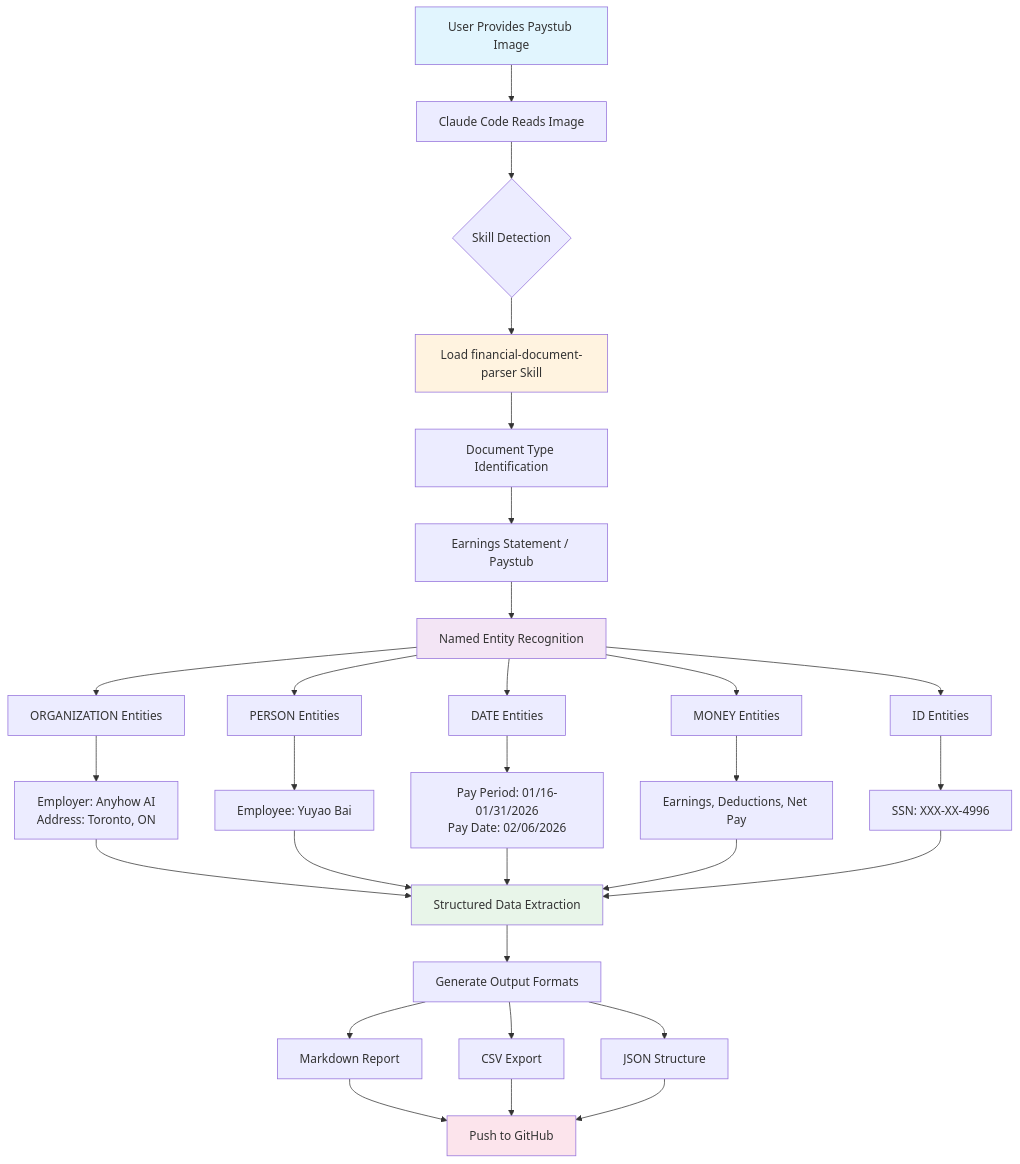
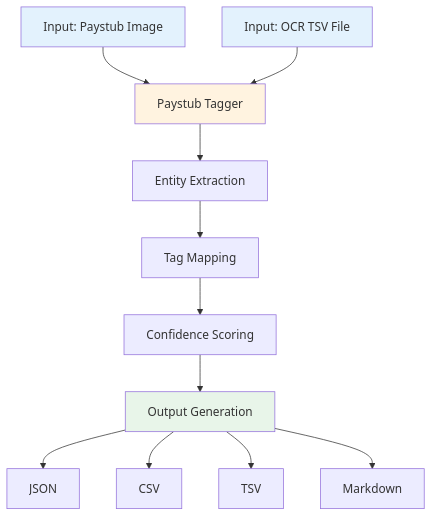
The diagram in README.md (Eight-Winged-Angel/claude-code-paystub-ner-demo), drawn with Mermaid before and after one commit. The commit also changed other lines of this file and 6 other files, not shown here.

First line of the commit message:
Add paystub tagger with image + OCR TSV input support

````diff
--- a/README.md
+++ b/README.md
@@ -7,37 +91,18 @@
 ```mermaid
 flowchart TD
-    A[User Provides Paystub Image] --> B[Claude Code Reads Image]
-    B --> C{Skill Detection}
-    C --> D[Load financial-document-parser Skill]
-    D --> E[Document Type Identification]
-    E --> F[Earnings Statement / Paystub]
+    A[Input: Paystub Image] --> C[Paystub Tagger]
+    B[Input: OCR TSV File] --> C
+    C --> D[Entity Extraction]
+    D --> E[Tag Mapping]
+    E --> F[Confidence Scoring]
+    F --> G[Output Generation]
+    G --> H1[JSON]
+    G --> H2[CSV]
+    G --> H3[TSV]
+    G --> H4[Markdown]
 
-    F --> G[Named Entity Recognition]
-
-    G --> H1[ORGANIZATION Entities]
-    G --> H2[PERSON Entities]
-    G --> H3[DATE Entities]
-    G --> H4[MONEY Entities]
-    G --> H5[ID Entities]
-
-    H1 --> I[Employer: Anyhow AI<br/>Address: Toronto, ON]
-    H2 --> J[Employee: Yuyao Bai]
-    H3 --> K[Pay Period: 01/16-01/31/2026<br/>Pay Date: 02/06/2026]
-    H4 --> L[Earnings, Deductions, Net Pay]
-    H5 --> M[SSN: XXX-XX-4996]
-
-    I & J & K & L & M --> N[Structured Data Extraction]
-
-    N --> O[Generate Output Formats]
-    O --> P1[Markdown Report]
-    O --> P2[CSV Export]
-    O --> P3[JSON Structure]
-
-    P1 & P2 & P3 --> Q[Push to GitHub]
-
-    style A fill:#e1f5fe
-    style D fill:#fff3e0
-    style G fill:#f3e5f5
-    style N fill:#e8f5e9
-    style Q fill:#fce4ec
+    style A fill:#e3f2fd
+    style B fill:#e3f2fd
+    style C fill:#fff3e0
+    style G fill:#e8f5e9
 ```
````
